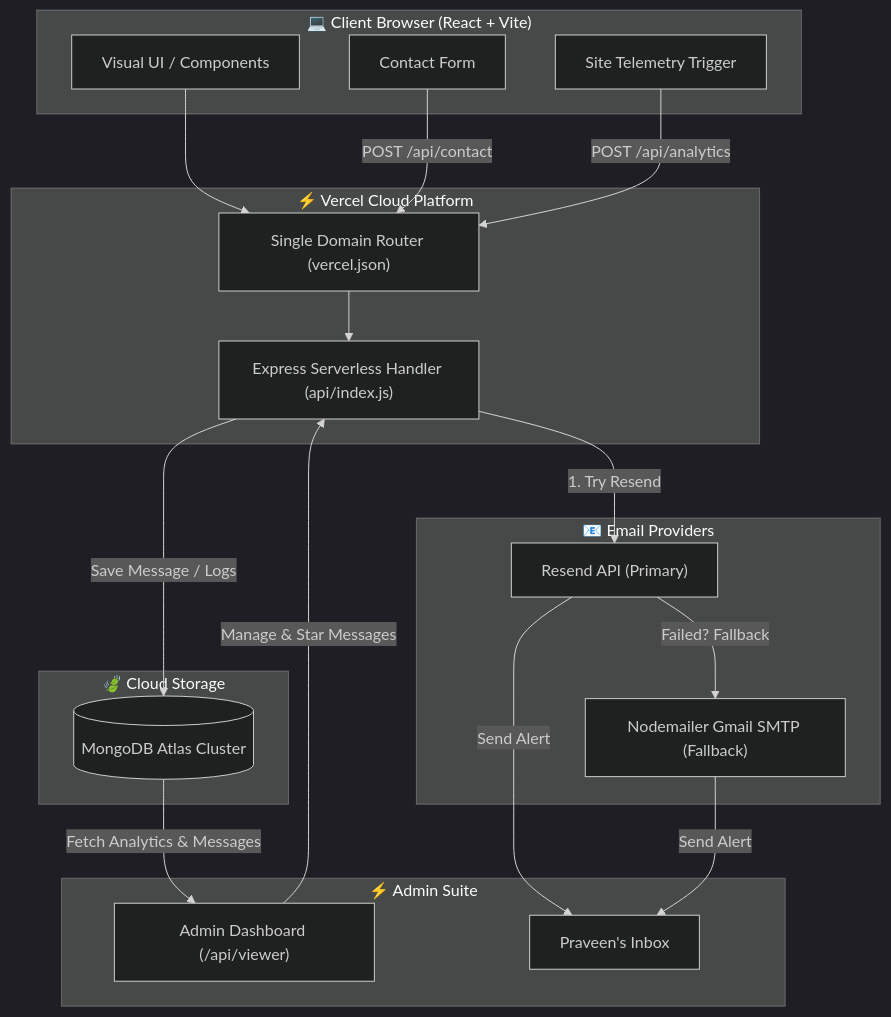
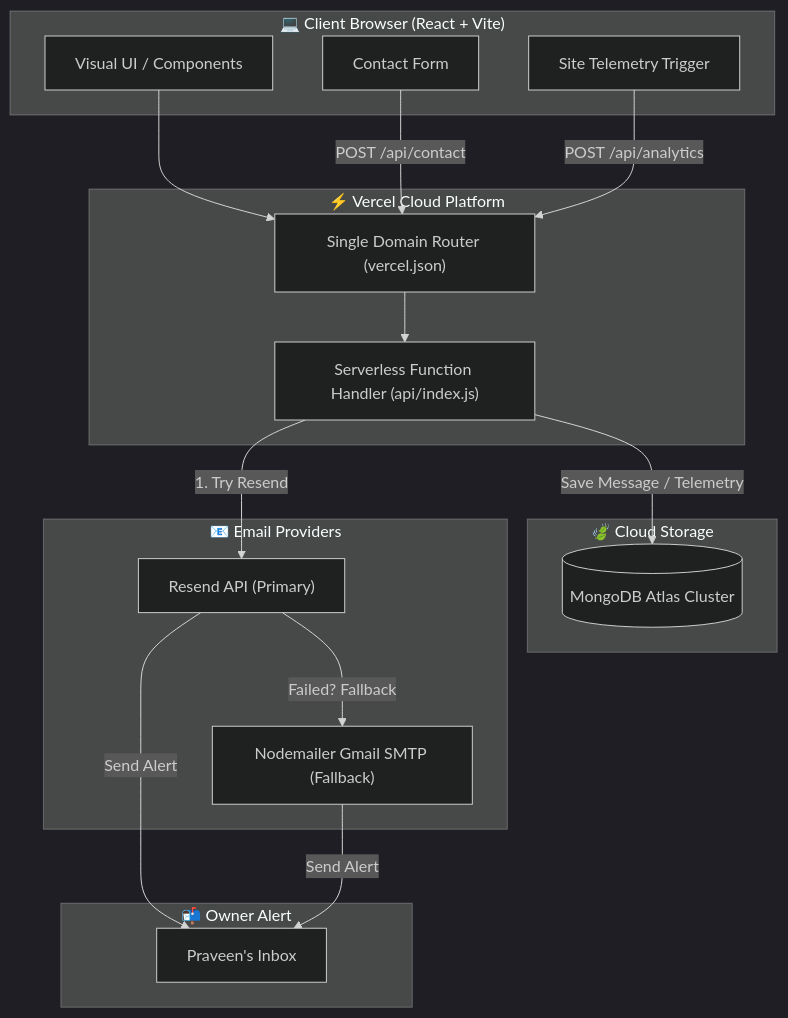
Before and after one commit to Praveenofficial12/Praveen-Kumar-portfolio: the diagram in README.md, drawn with Mermaid (dark theme). The commit also changed other lines of this file, not shown here.

Commit message:
docs: update README title, remove Express.js, admin dashboard links, and folder structure

````diff
--- a/README.md
+++ b/README.md
@@ -61,41 +55,37 @@
 ```mermaid
 flowchart TD
     subgraph Client ["💻 Client Browser (React + Vite)"]
         UI["Visual UI / Components"]
         Form["Contact Form"]
         Analytics["Site Telemetry Trigger"]
     end
 
     subgraph Vercel ["⚡ Vercel Cloud Platform"]
         Rewrites["Single Domain Router (vercel.json)"]
-        API["Express Serverless Handler (api/index.js)"]
+        API["Serverless Function Handler (api/index.js)"]
     end
 
     subgraph Database ["🍃 Cloud Storage"]
         Atlas[("MongoDB Atlas Cluster")]
     end
 
     subgraph MailServices ["📧 Email Providers"]
         Resend["Resend API (Primary)"]
         SMTP["Nodemailer Gmail SMTP (Fallback)"]
     end
 
-    subgraph Admin ["⚡ Admin Suite"]
-        Viewer["Admin Dashboard (/api/viewer)"]
-        Owner["Praveen's Inbox"]
+    subgraph Owner ["📬 Owner Alert"]
+        Inbox["Praveen's Inbox"]
     end
 
     UI --> Rewrites
     Form -->|POST /api/contact| Rewrites
     Analytics -->|POST /api/analytics| Rewrites
     Rewrites --> API
 
-    API -->|Save Message / Logs| Atlas
+    API -->|Save Message / Telemetry| Atlas
     API -->|1. Try Resend| Resend
     Resend -->|Failed? Fallback| SMTP
-    Resend -->|Send Alert| Owner
-    SMTP -->|Send Alert| Owner
-
-    Atlas -->|Fetch Analytics & Messages| Viewer
-    Viewer -->|Manage & Star Messages| API
+    Resend -->|Send Alert| Inbox
+    SMTP -->|Send Alert| Inbox
 ```
````
